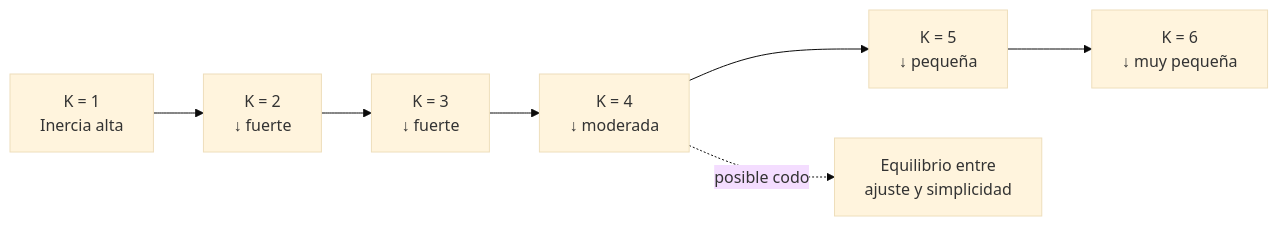
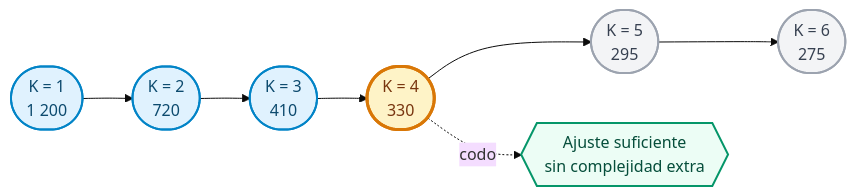
Before and after one commit to Bootcamp-IA-MAD-P7/Tarea5-Modulo2-Miguel: the eighth of 10 diagrams in README.md, drawn with Mermaid (base theme). The commit also changed other lines of this file and 1 other file, not shown here.

Commit message:
docs: modernizar diagramas y retirar portada

````diff
--- a/README.md
+++ b/README.md
@@ -410,5 +444,14 @@
 ```mermaid
 flowchart LR
-    K1["K = 1\nInercia alta"] --> K2["K = 2\n↓ fuerte"] --> K3["K = 3\n↓ fuerte"] --> K4["K = 4\n↓ moderada"] --> K5["K = 5\n↓ pequeña"] --> K6["K = 6\n↓ muy pequeña"]
-    K4 -. "posible codo" .-> R["Equilibrio entre\najuste y simplicidad"]
+    K1(["K = 1\n1 200"]) --> K2(["K = 2\n720"]) --> K3(["K = 3\n410"]) --> K4(["K = 4\n330"])
+    K4 --> K5(["K = 5\n295"]) --> K6(["K = 6\n275"])
+    K4 -. "codo" .-> R{{"Ajuste suficiente\nsin complejidad extra"}}
+    classDef decline fill:#E0F2FE,stroke:#0284C7,color:#0C4A6E,stroke-width:2px;
+    classDef elbow fill:#FEF3C7,stroke:#D97706,color:#78350F,stroke-width:3px;
+    classDef plateau fill:#F3F4F6,stroke:#9CA3AF,color:#374151,stroke-width:2px;
+    classDef insight fill:#ECFDF5,stroke:#059669,color:#064E3B,stroke-width:2px;
+    class K1,K2,K3 decline;
+    class K4 elbow;
+    class K5,K6 plateau;
+    class R insight;
 ```
````
